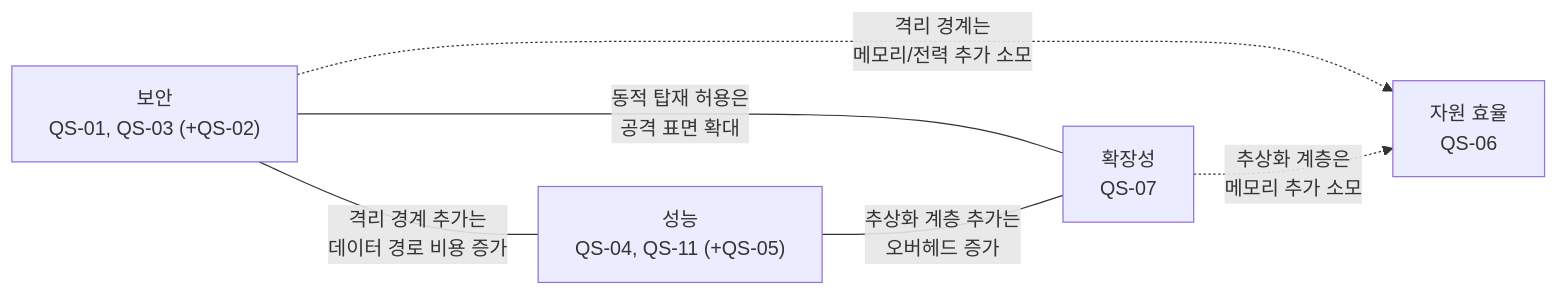
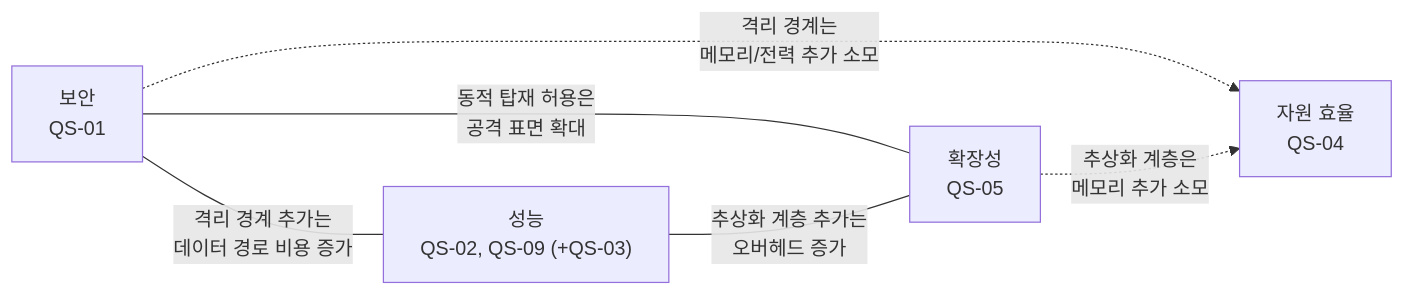
One commit to boram1288/test-p changed the diagram in docs/03_quality_attribute_workshop.md. Above: the diagram before and after it, drawn with Mermaid. The commit also changed other lines of this file and 22 other files, not shown here.

````diff
--- a/docs/03_quality_attribute_workshop.md
+++ b/docs/03_quality_attribute_workshop.md
@@ -210,13 +182,13 @@
 ```mermaid
 flowchart LR
-    SEC["보안<br/>QS-01, QS-03 (+QS-02)"]
-    PERF["성능<br/>QS-04, QS-11 (+QS-05)"]
-    EXT["확장성<br/>QS-07"]
-    RES["자원 효율<br/>QS-06"]
+    SEC["보안<br/>QS-01"]
+    PERF["성능<br/>QS-02, QS-09 (+QS-03)"]
+    EXT["확장성<br/>QS-05"]
+    RES["자원 효율<br/>QS-04"]
 
     SEC ---|"격리 경계 추가는<br/>데이터 경로 비용 증가"| PERF
     SEC ---|"동적 탑재 허용은<br/>공격 표면 확대"| EXT
     PERF ---|"추상화 계층 추가는<br/>오버헤드 증가"| EXT
     SEC -.->|"격리 경계는<br/>메모리/전력 추가 소모"| RES
     EXT -.->|"추상화 계층은<br/>메모리 추가 소모"| RES
 ```
````
